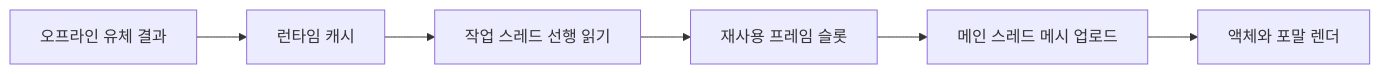
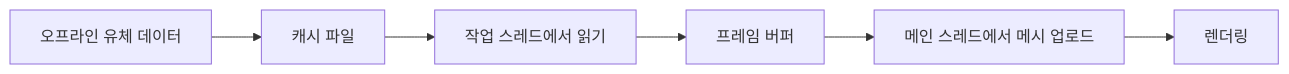
One commit to imjae/imjae.github.io changed the diagram in content/articles/graphics/water-playback.md. Above: the diagram before and after it, drawn with Mermaid. The commit also changed other lines of this file and 28 other files, not shown here.

````diff
--- a/content/articles/graphics/water-playback.md
+++ b/content/articles/graphics/water-playback.md
@@ -23,8 +25,8 @@
 ```mermaid
 flowchart LR
-    A[오프라인 유체 결과] --> B[런타임 캐시]
-    B --> C[작업 스레드 선행 읽기]
-    C --> D[재사용 프레임 슬롯]
-    D --> E[메인 스레드 메시 업로드]
-    E --> F[액체와 포말 렌더]
+    A[오프라인 유체 데이터] --> B[캐시 파일]
+    B --> C[작업 스레드에서 읽기]
+    C --> D[프레임 버퍼]
+    D --> E[메인 스레드에서 메시 업로드]
+    E --> F[렌더링]
 ```
````
